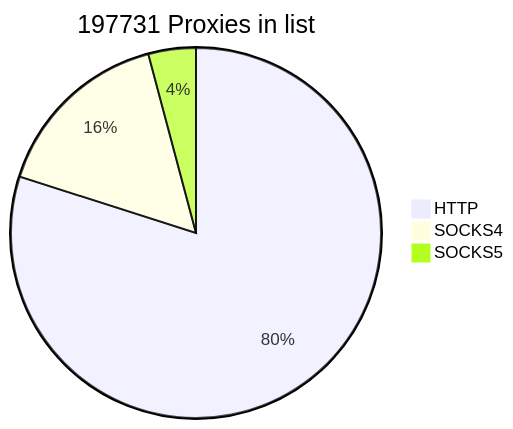
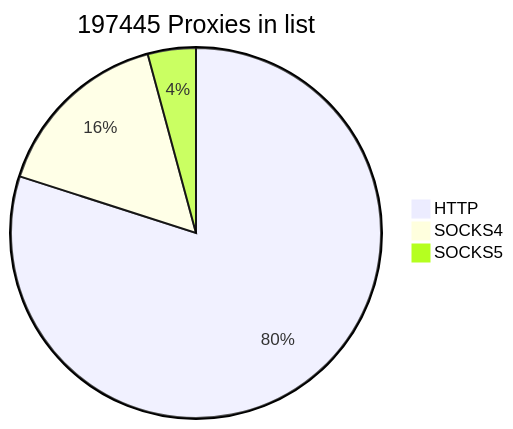
Before and after one commit to cutipu/proxylist: the first of 2 diagrams in README.md, drawn with Mermaid. The commit also changed other lines of this file, not shown here.

````diff
--- a/README.md
+++ b/README.md
@@ -2,7 +2,7 @@
 ```mermaid
-pie title 197731 Proxies in list
-    "HTTP" : 158045
-    "SOCKS4" : 31490
-    "SOCKS5" : 8196
+pie title 197445 Proxies in list
+    "HTTP" : 157853
+    "SOCKS4" : 31308
+    "SOCKS5" : 8284
             
 ```
````
